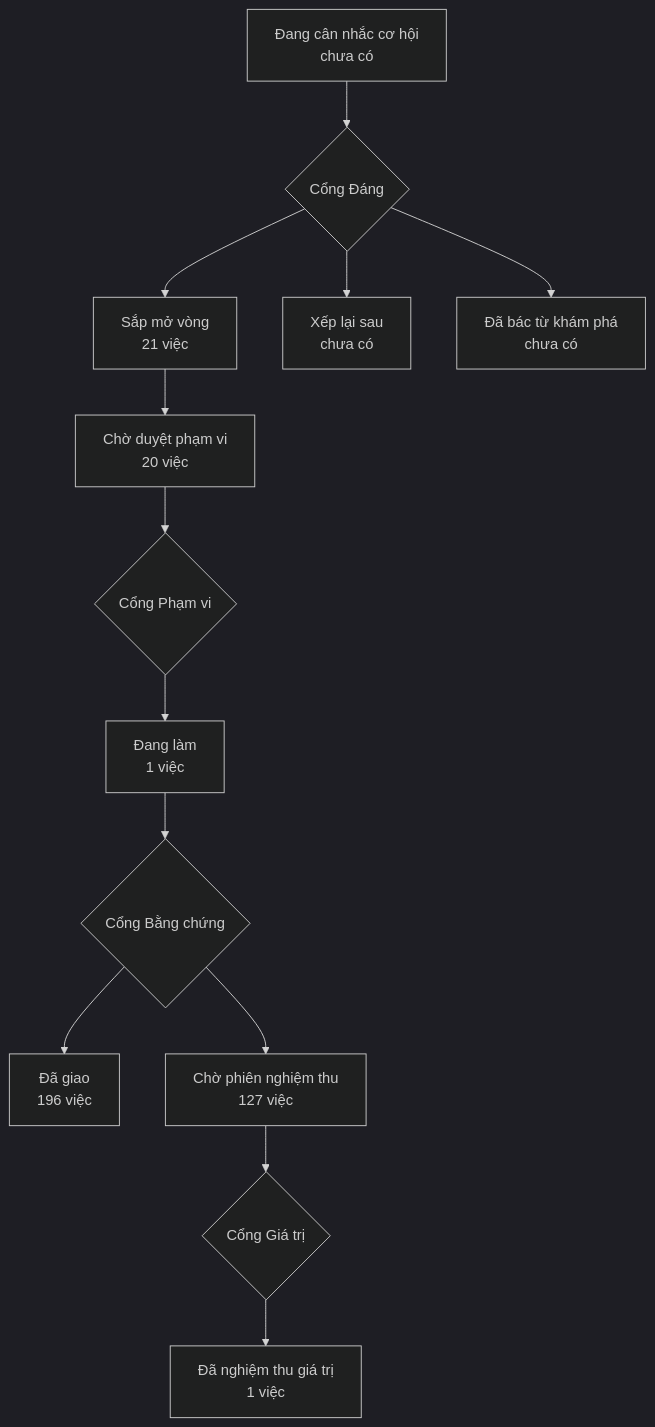
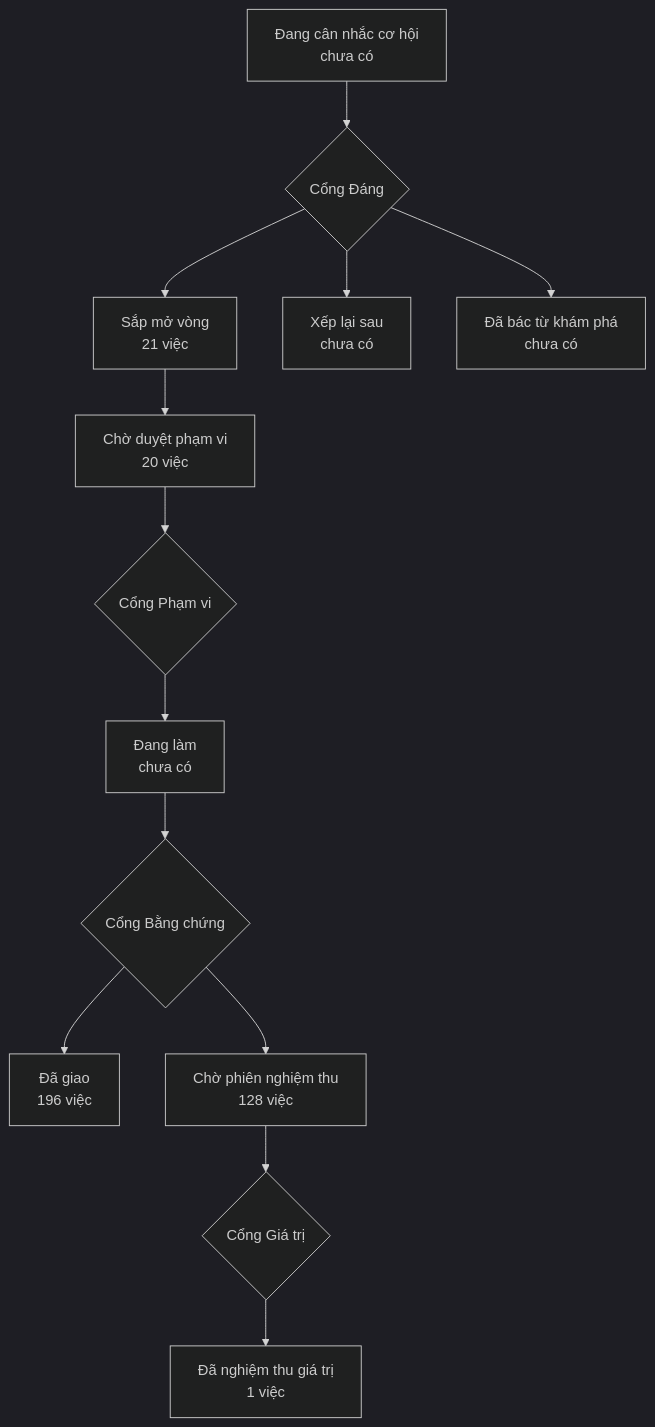
The diagram in PRODUCT-MAP.md (phanlemanh/onehub-invest), drawn with Mermaid (dark theme) before and after one commit. The commit also changed other lines of this file and 4 other files, not shown here.

````diff
--- a/PRODUCT-MAP.md
+++ b/PRODUCT-MAP.md
@@ -7,12 +7,12 @@
 ```mermaid
 flowchart TD
   A["Đang cân nhắc cơ hội<br/>chưa có"] --> GD{"Cổng Đáng"}
   GD --> B["Sắp mở vòng<br/>21 việc"]
   GD --> XL["Xếp lại sau<br/>chưa có"]
   GD --> DB["Đã bác từ khám phá<br/>chưa có"]
   B --> CD["Chờ duyệt phạm vi<br/>20 việc"] --> GP{"Cổng Phạm vi"}
-  GP --> DL["Đang làm<br/>1 việc"] --> GB{"Cổng Bằng chứng"}
+  GP --> DL["Đang làm<br/>chưa có"] --> GB{"Cổng Bằng chứng"}
   GB --> DG["Đã giao<br/>196 việc"]
-  GB --> CN["Chờ phiên nghiệm thu<br/>127 việc"] --> GG{"Cổng Giá trị"}
+  GB --> CN["Chờ phiên nghiệm thu<br/>128 việc"] --> GG{"Cổng Giá trị"}
   GG --> NT["Đã nghiệm thu giá trị<br/>1 việc"]
 ```
````
